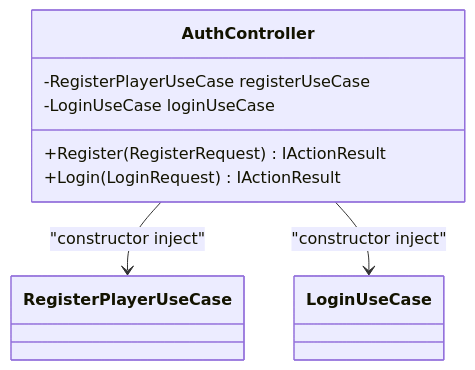
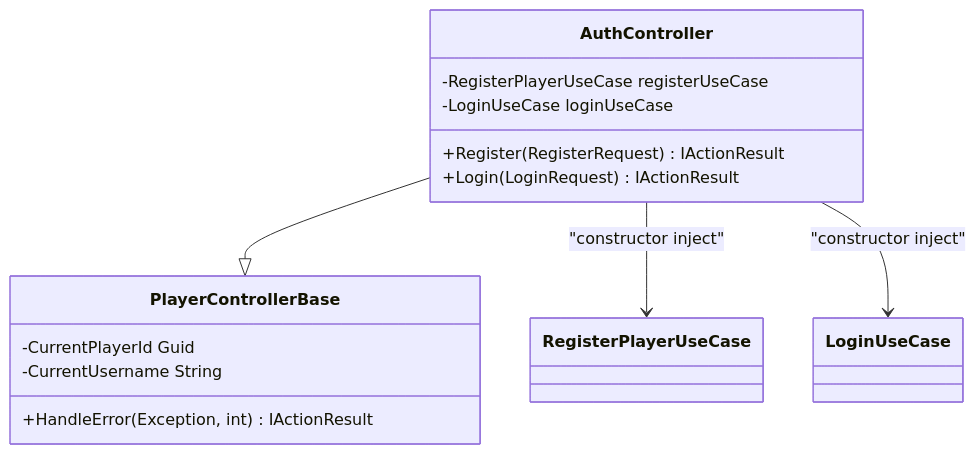
The fourth of 8 diagrams in .qoder/repowiki/en/content/Architecture & Design/Dependency Injection & Service Registration.md (MuhammadFaizanQamar/game-backend-service), drawn with Mermaid before and after one commit. The commit also changed other lines of this file and 62 other files, not shown here.

````diff
--- a/.qoder/repowiki/en/content/Architecture & Design/Dependency Injection & Service Registration.md
+++ b/.qoder/repowiki/en/content/Architecture & Design/Dependency Injection & Service Registration.md
@@ -191,13 +239,19 @@
 ```mermaid
 classDiagram
+class PlayerControllerBase {
+-CurrentPlayerId Guid
+-CurrentUsername String
++HandleError(Exception, int) IActionResult
+}
 class AuthController {
 -RegisterPlayerUseCase registerUseCase
 -LoginUseCase loginUseCase
 +Register(RegisterRequest) IActionResult
 +Login(LoginRequest) IActionResult
 }
 class RegisterPlayerUseCase
 class LoginUseCase
+AuthController --|> PlayerControllerBase
 AuthController --> RegisterPlayerUseCase : "constructor inject"
 AuthController --> LoginUseCase : "constructor inject"
 ```
````
